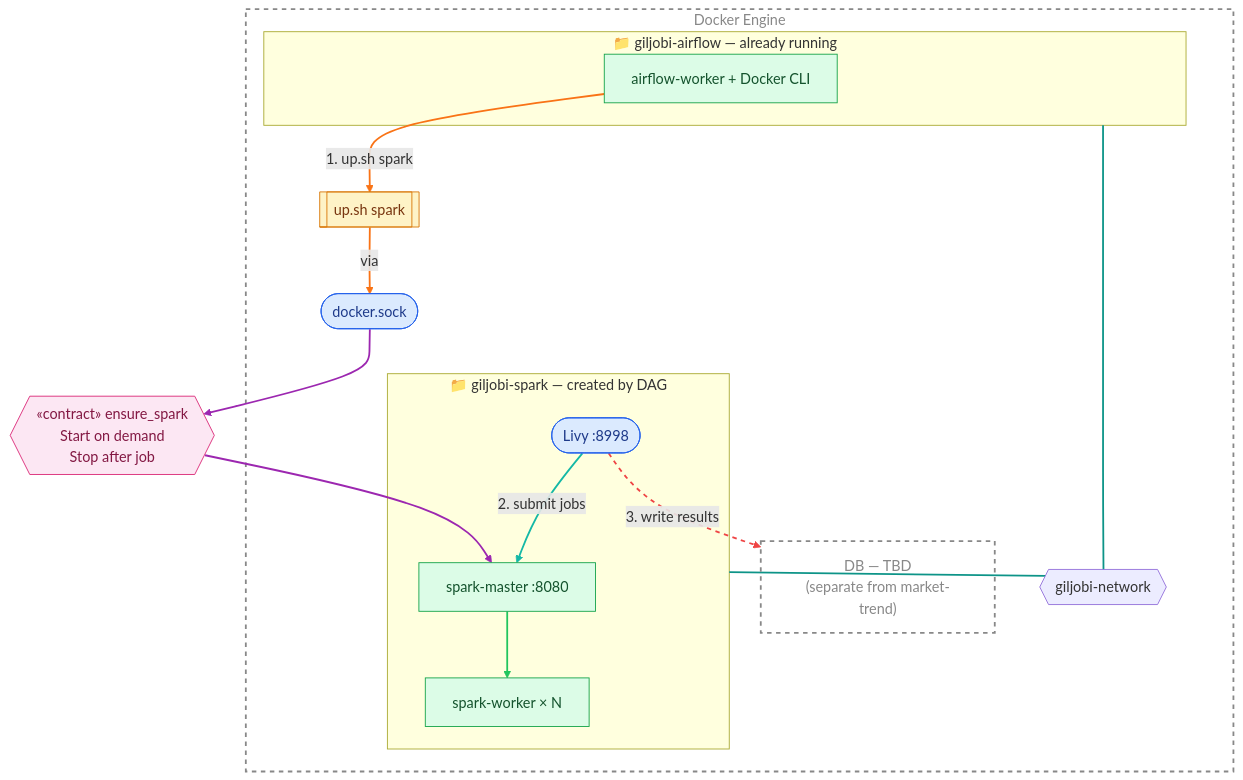
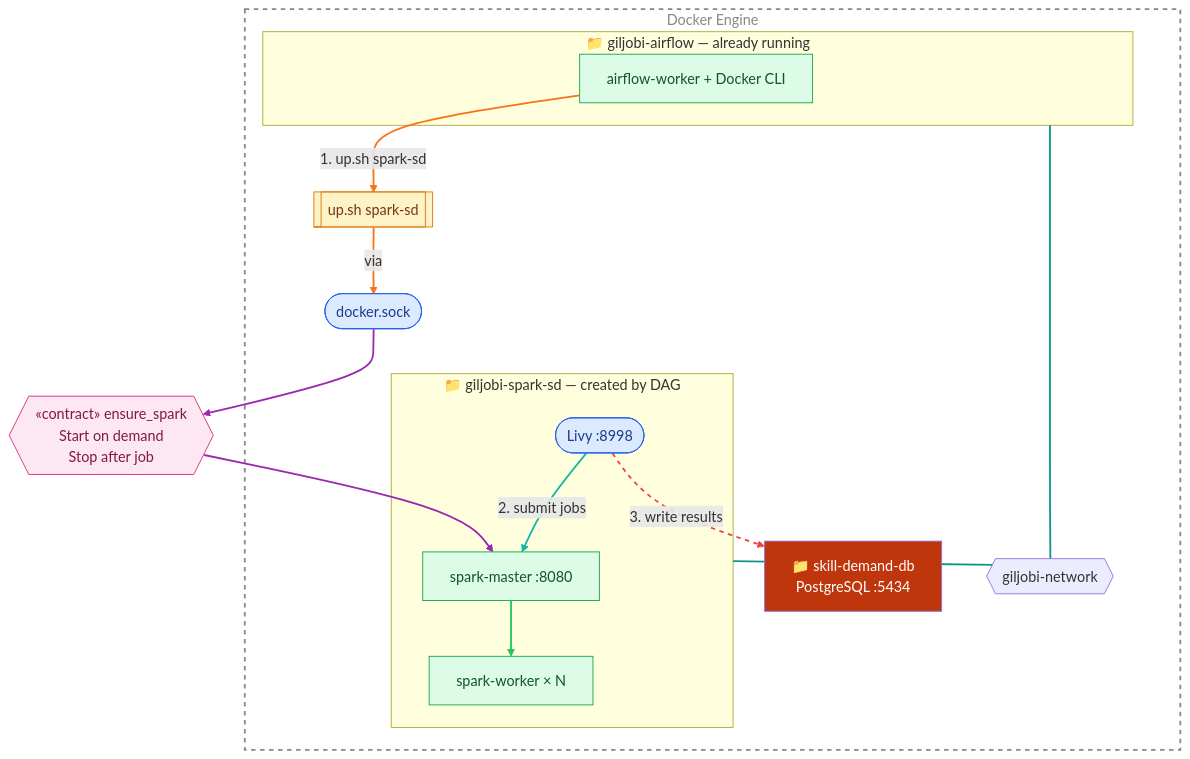
Before and after one commit to JindoKimKor/GILJOBI: the third of 6 diagrams in infra/SPEC.md, drawn with Mermaid. The commit also changed other lines of this file and 18 other files, not shown here.

````diff
--- a/infra/SPEC.md
+++ b/infra/SPEC.md
@@ -126,49 +126,49 @@
 ```mermaid
 flowchart TB
     classDef iface    fill:#dbeafe,stroke:#2563eb,color:#1e3a8a
     classDef cls      fill:#dcfce7,stroke:#16a34a,color:#14532d
     classDef abs      fill:#fef3c7,stroke:#d97706,color:#78350f
     classDef contract fill:#fce7f3,stroke:#db2777,color:#831843
 
     subgraph ENGINE["Docker Engine"]
 
     subgraph Airflow["📁 giljobi-airflow — already running"]
         AW["airflow-worker + Docker CLI"]:::cls
     end
 
     SOCK(["docker.sock"]):::iface
-    UPSH_SPARK[["up.sh spark"]]:::abs
+    UPSH_SPARK[["up.sh spark-sd"]]:::abs
 
-    subgraph SparkCluster["📁 giljobi-spark — created by DAG"]
+    subgraph SparkCluster["📁 giljobi-spark-sd — created by DAG"]
         LIVY(["Livy :8998"]):::iface
         SM["spark-master :8080"]:::cls
         SW["spark-worker × N"]:::cls
     end
 
-    DB_TBD["DB — TBD<br/>(separate from market-trend)"]
+    SD_DB["📁 skill-demand-db<br/>PostgreSQL :5434"]
 
     NET{{"giljobi-network"}}
 
     end
 
     C_SPARK{{"«contract» ensure_spark<br/>Start on demand<br/>Stop after job"}}:::contract
 
-    AW -- "1. up.sh spark" --> UPSH_SPARK
+    AW -- "1. up.sh spark-sd" --> UPSH_SPARK
     UPSH_SPARK -- "via" --> SOCK
     SOCK --> C_SPARK --> SM
     SM --> SW
     LIVY -- "2. submit jobs" --> SM
-    LIVY -. "3. write results" .-> DB_TBD
+    LIVY -. "3. write results" .-> SD_DB
 
     Airflow --- NET
     SparkCluster --- NET
 
     style ENGINE fill:none,stroke:#888,stroke-width:2px,stroke-dasharray:5,color:#888
-    style DB_TBD fill:none,stroke:#888,stroke-width:2px,stroke-dasharray:5,color:#888
+    style SD_DB fill:#BF360C,color:#fff
     linkStyle 0,1 stroke:#f97316,stroke-width:2px
     linkStyle 2,3 stroke:#9C27B0,stroke-width:2px
     linkStyle 4 stroke:#22c55e,stroke-width:2px
     linkStyle 5 stroke:#14b8a6,stroke-width:2px
     linkStyle 6 stroke:#ef4444,stroke-width:2px,stroke-dasharray:5
     linkStyle 7,8 stroke:#0d9488,stroke-width:2px
 ```
````
